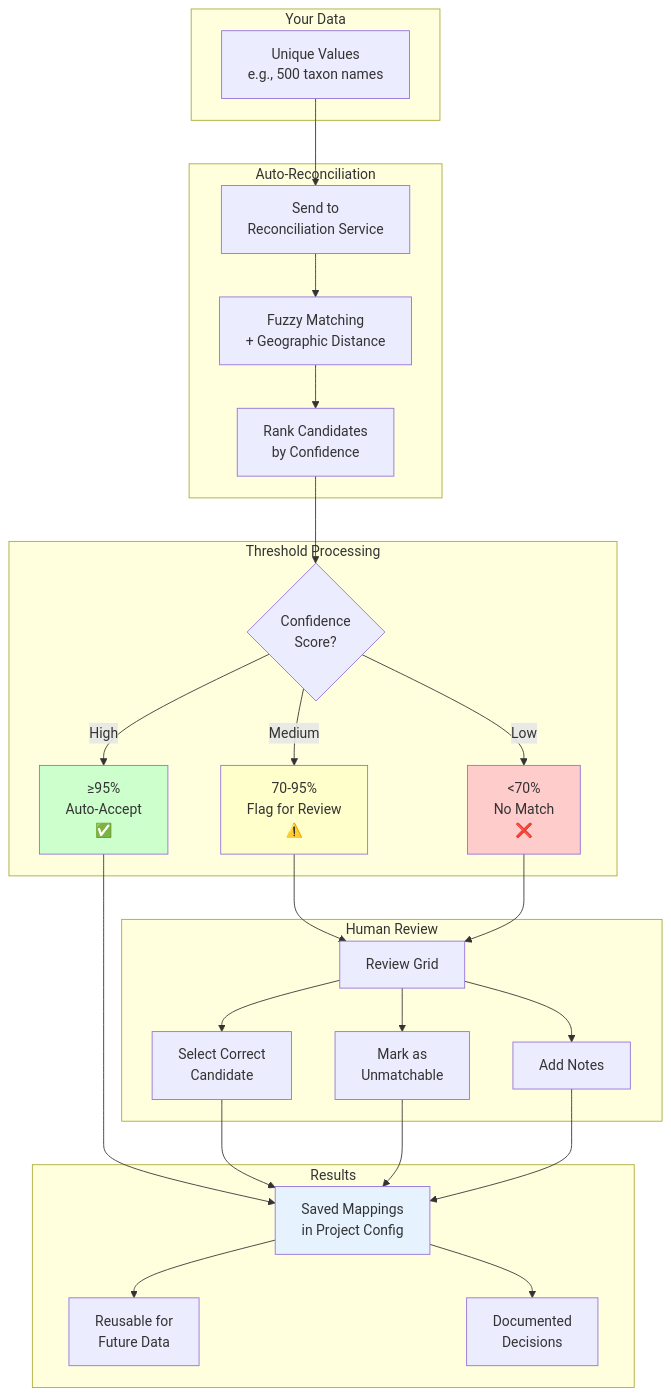
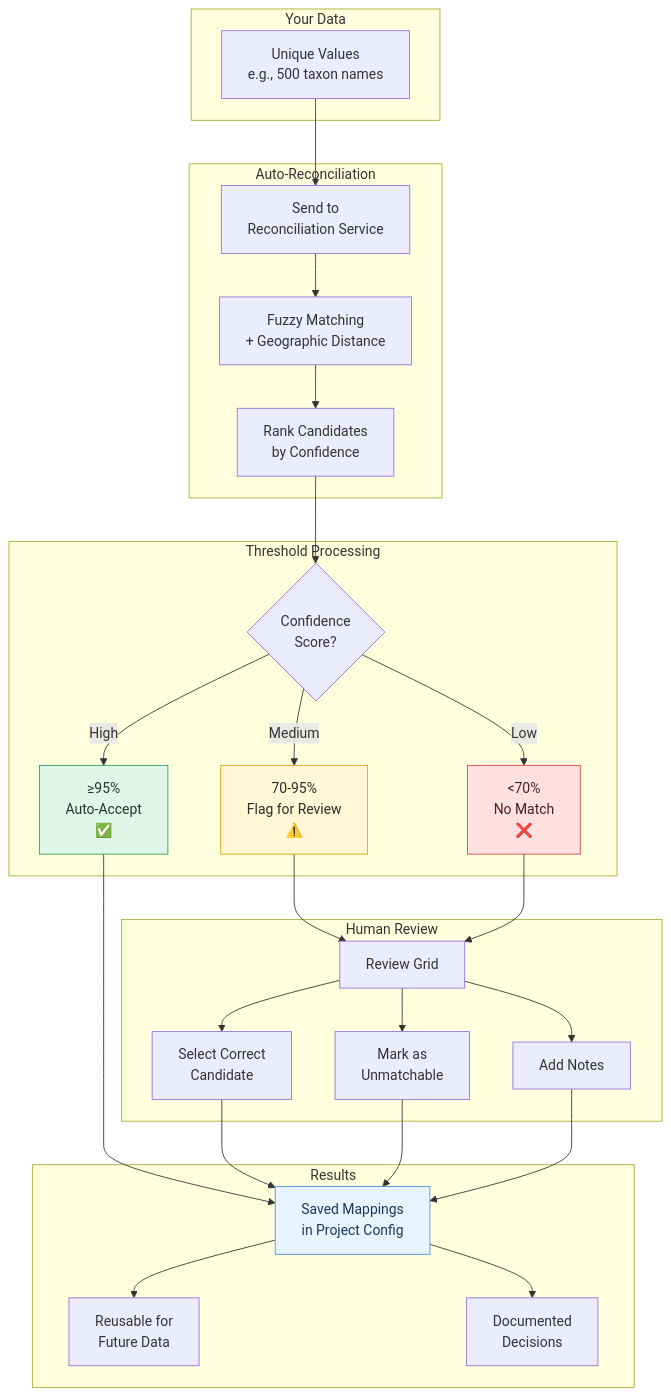
The seventh of 26 diagrams in docs/DIAGRAMS.md (humlab-sead/sead_shape_shifter), drawn with Mermaid before and after one commit. The commit also changed other lines of this file and 2 other files, not shown here.

````diff
--- a/docs/DIAGRAMS.md
+++ b/docs/DIAGRAMS.md
@@ -360,61 +357,66 @@
 ```mermaid
 flowchart TB
     subgraph "Your Data"
         YD[Unique Values<br/>e.g., 500 taxon names]
     end
     
     subgraph "Auto-Reconciliation"
         AR1[Send to<br/>Reconciliation Service]
         AR2[Fuzzy Matching<br/>+ Geographic Distance]
         AR3[Rank Candidates<br/>by Confidence]
     end
     
     subgraph "Threshold Processing"
         TP1{Confidence<br/>Score?}
         TP2[≥95%<br/>Auto-Accept<br/>✅]
         TP3[70-95%<br/>Flag for Review<br/>⚠️]
         TP4[<70%<br/>No Match<br/>❌]
     end
     
     subgraph "Human Review"
         HR1[Review Grid]
         HR2[Select Correct<br/>Candidate]
         HR3[Mark as<br/>Unmatchable]
         HR4[Add Notes]
     end
     
     subgraph "Results"
         R1[Saved Mappings<br/>in Project Config]
         R2[Reusable for<br/>Future Data]
         R3[Documented<br/>Decisions]
     end
     
     YD --> AR1
     AR1 --> AR2
     AR2 --> AR3
     AR3 --> TP1
     
     TP1 -->|High| TP2
     TP1 -->|Medium| TP3
     TP1 -->|Low| TP4
     
     TP2 --> R1
     TP3 --> HR1
     TP4 --> HR1
     
     HR1 --> HR2
     HR1 --> HR3
     HR1 --> HR4
     
     HR2 --> R1
     HR3 --> R1
     HR4 --> R1
     
     R1 --> R2
     R1 --> R3
-    
-    style TP2 fill:#ccffcc
-    style TP3 fill:#ffffcc
-    style TP4 fill:#ffcccc
-    style R1 fill:#e6f3ff
+
+    classDef autoAccept fill:#dff7e8,stroke:#2e9f5b,color:#1d3a29;
+    classDef flagged fill:#fff7d6,stroke:#d6a300,color:#2b2b2b;
+    classDef noMatch fill:#ffe0e0,stroke:#d64545,color:#4a1f1f;
+    classDef result fill:#e8f4fd,stroke:#4a90d9,color:#1a3a5c;
+
+    class TP2 autoAccept;
+    class TP3 flagged;
+    class TP4 noMatch;
+    class R1 result;
 ```
````
